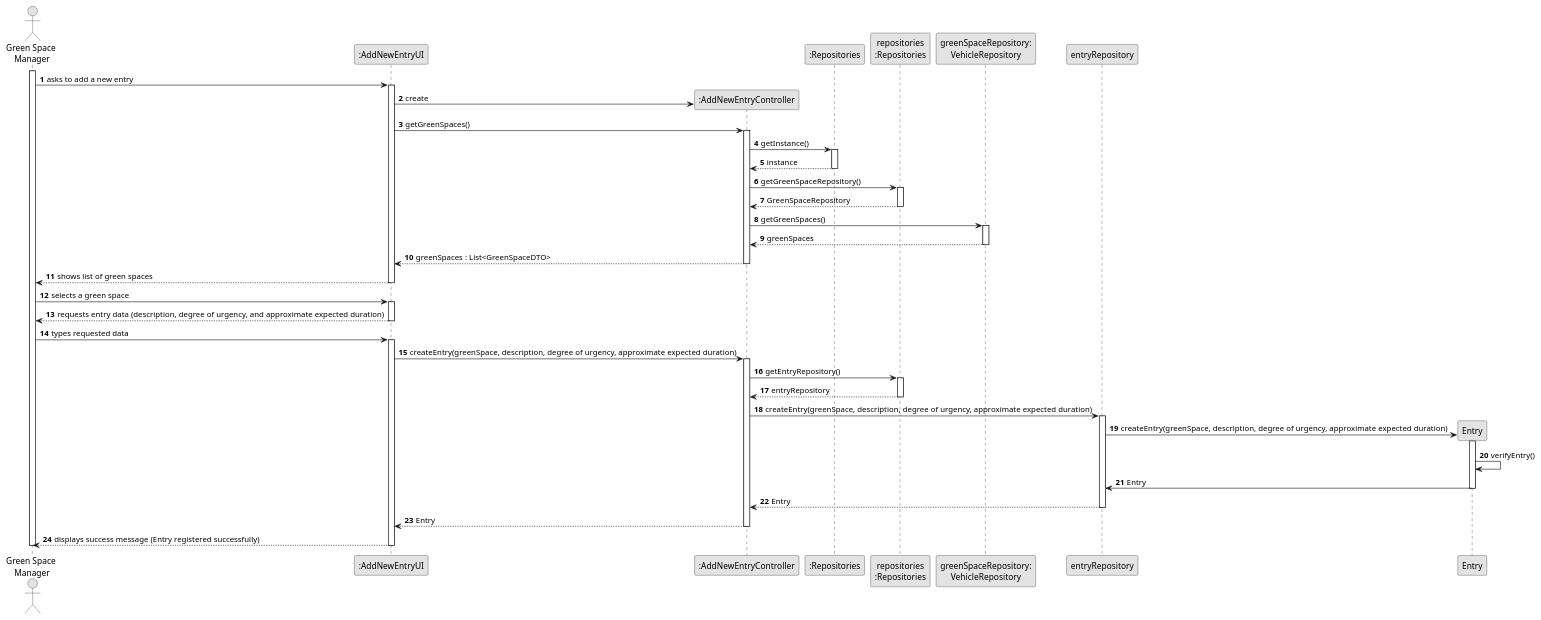
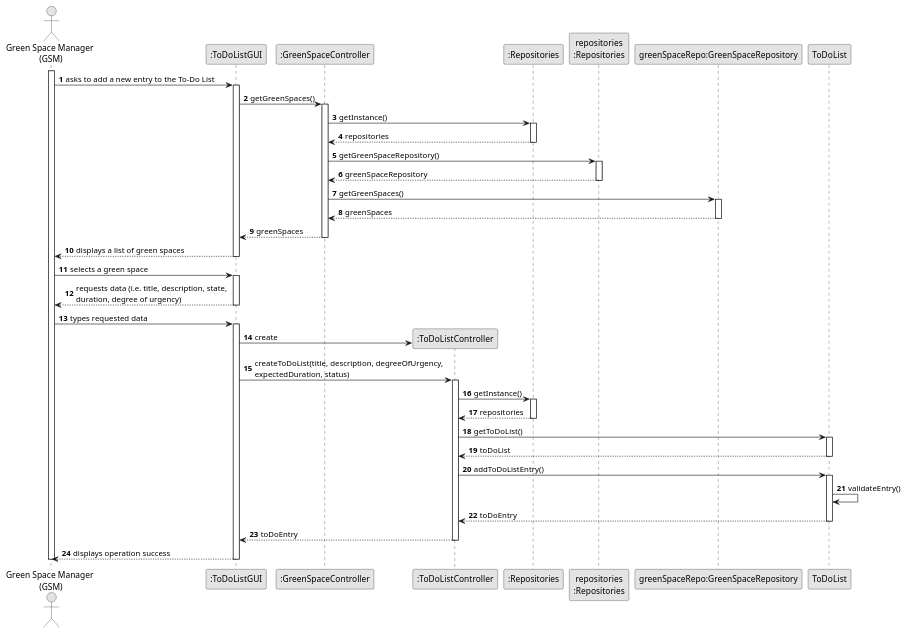
The diagram in docs/sprintC/us021/03.design/puml/us021-sequence-diagram-full.puml (RicardoMorim/lapr2-ISEP-Project), drawn with PlantUML before and after one commit.

Commit message:
Finished sequence diagram full of US021

```diff
--- a/docs/sprintC/us021/03.design/puml/us021-sequence-diagram-full.puml
+++ b/docs/sprintC/us021/03.design/puml/us021-sequence-diagram-full.puml
@@ -1,114 +1,95 @@
 @startuml
 skinparam monochrome true
 skinparam packageStyle rectangle
 skinparam shadowing false
 
-''title System Sequence Diagram (SSD) - US006
-
 autonumber
 
-actor "Green Space\n Manager" as GSM
-participant ":AddNewEntryUI" as UI
-participant ":AddNewEntryController" as CTRL
+'hide footbox
+actor "Green Space Manager\n (GSM)" as GSM
+participant ":ToDoListGUI" as UI
+participant ":GreenSpaceController" as GSC
+participant ":ToDoListController" as CTRL
 participant ":Repositories" as RepositorySingleton
 participant "repositories\n:Repositories" as PLAT
-participant "greenSpaceRepository:\nVehicleRepository" as GreenSpaceRepository
-participant "entryRepository" as EntryRep
-participant "Entry" as Entry
+participant "greenSpaceRepo:GreenSpaceRepository" as GSR
+participant "ToDoList" as TDL
 
 activate GSM
 
-    GSM -> UI : asks to add a new entry
+    GSM -> UI : asks to add a new entry to the To-Do List
     activate UI
 
+        UI -> GSC : getGreenSpaces()
+        activate GSC
+
+            GSC -> RepositorySingleton : getInstance()
+            activate RepositorySingleton
+
+                RepositorySingleton --> GSC : repositories
+            deactivate RepositorySingleton
+
+            GSC -> PLAT : getGreenSpaceRepository()
+            activate PLAT
+
+                PLAT --> GSC : greenSpaceRepository
+            deactivate PLAT
+
+            GSC -> GSR : getGreenSpaces()
+            activate GSR
+
+                GSR --> GSC : greenSpaces
+            deactivate GSR
+
+
+            GSC --> UI : greenSpaces
+        deactivate GSC
+
+        UI --> GSM : displays a list of green spaces
+    deactivate UI
+
+    GSM -> UI : selects a green space
+    activate UI
+
+    UI --> GSM :  requests data (i.e. title, description, state, \nduration, degree of urgency)
+    deactivate UI
+
+    GSM -> UI : types requested data
+    activate UI
 
         UI -> CTRL** : create
 
-        UI -> CTRL : getGreenSpaces()
+        UI -> CTRL : createToDoList(title, description, degreeOfUrgency, \nexpectedDuration, status)
         activate CTRL
 
-        CTRL -> RepositorySingleton : getInstance()
+            CTRL -> RepositorySingleton : getInstance()
+                       activate RepositorySingleton
 
-        activate RepositorySingleton
+                           RepositorySingleton --> CTRL : repositories
+                       deactivate RepositorySingleton
+
+                       CTRL -> TDL : getToDoList()
+                       activate TDL
+
+                           TDL --> CTRL : toDoList
+                       deactivate TDL
+
+                       CTRL -> TDL : addToDoListEntry()
+                       activate TDL
+
+                       TDL -> TDL : validateEntry()
+
+                           TDL --> CTRL : toDoEntry
+                       deactivate TDL
 
 
-        RepositorySingleton --> CTRL : instance
-        deactivate RepositorySingleton
+                       CTRL --> UI : toDoEntry
+                   deactivate CTRL
+
+               UI --> GSM : displays operation success
+                deactivate UI
 
 
-        CTRL -> PLAT :getGreenSpaceRepository()
-
-        activate PLAT
-
-
-        PLAT --> CTRL : GreenSpaceRepository
-        deactivate PLAT
-
-
-
-        CTRL -> GreenSpaceRepository : getGreenSpaces()
-
-        activate GreenSpaceRepository
-
-        GreenSpaceRepository --> CTRL : greenSpaces
-        deactivate GreenSpaceRepository
-
-
-        CTRL --> UI : greenSpaces : List<GreenSpaceDTO>
-        deactivate CTRL
-
-
-        UI --> GSM : shows list of green spaces
-        deactivate UI
-
-        GSM -> UI : selects a green space
-        activate UI
-
-        UI --> GSM : requests entry data (description, degree of urgency, and approximate expected duration)
-        deactivate UI
-
-        GSM -> UI : types requested data
-        activate UI
-
-        UI -> CTRL : createEntry(greenSpace, description, degree of urgency, approximate expected duration)
-
-        activate CTRL
-
-
-        CTRL -> PLAT : getEntryRepository()
-
-        activate PLAT
-
-        PLAT --> CTRL : entryRepository
-        deactivate PLAT
-
-
-        CTRL -> EntryRep : createEntry(greenSpace, description, degree of urgency, approximate expected duration)
-
-        activate EntryRep
-
-        EntryRep -> Entry** : createEntry(greenSpace, description, degree of urgency, approximate expected duration)
-
-        activate Entry
-
-        Entry -> Entry : verifyEntry()
-
-
-        Entry -> EntryRep : Entry
-        deactivate Entry
-
-
-        EntryRep --> CTRL : Entry
-        deactivate EntryRep
-
-
-        CTRL --> UI : Entry
-        deactivate CTRL
-
-
-    UI --> GSM : displays success message (Entry registered successfully)
     deactivate UI
-
-deactivate GSM
-
+    deactivate GSM
 @enduml
```
